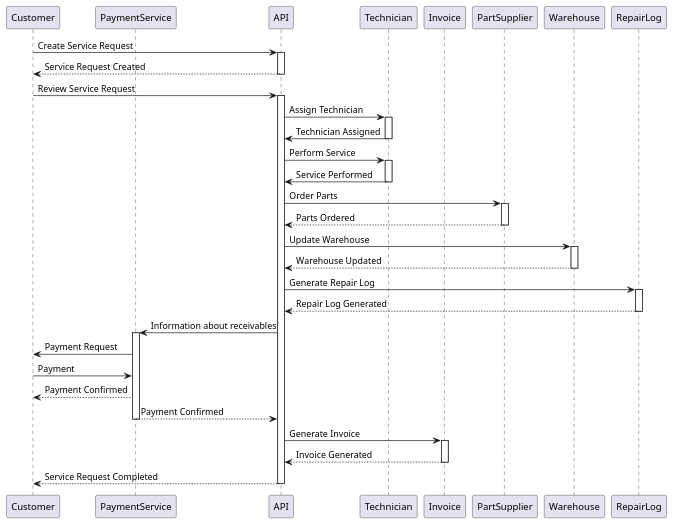
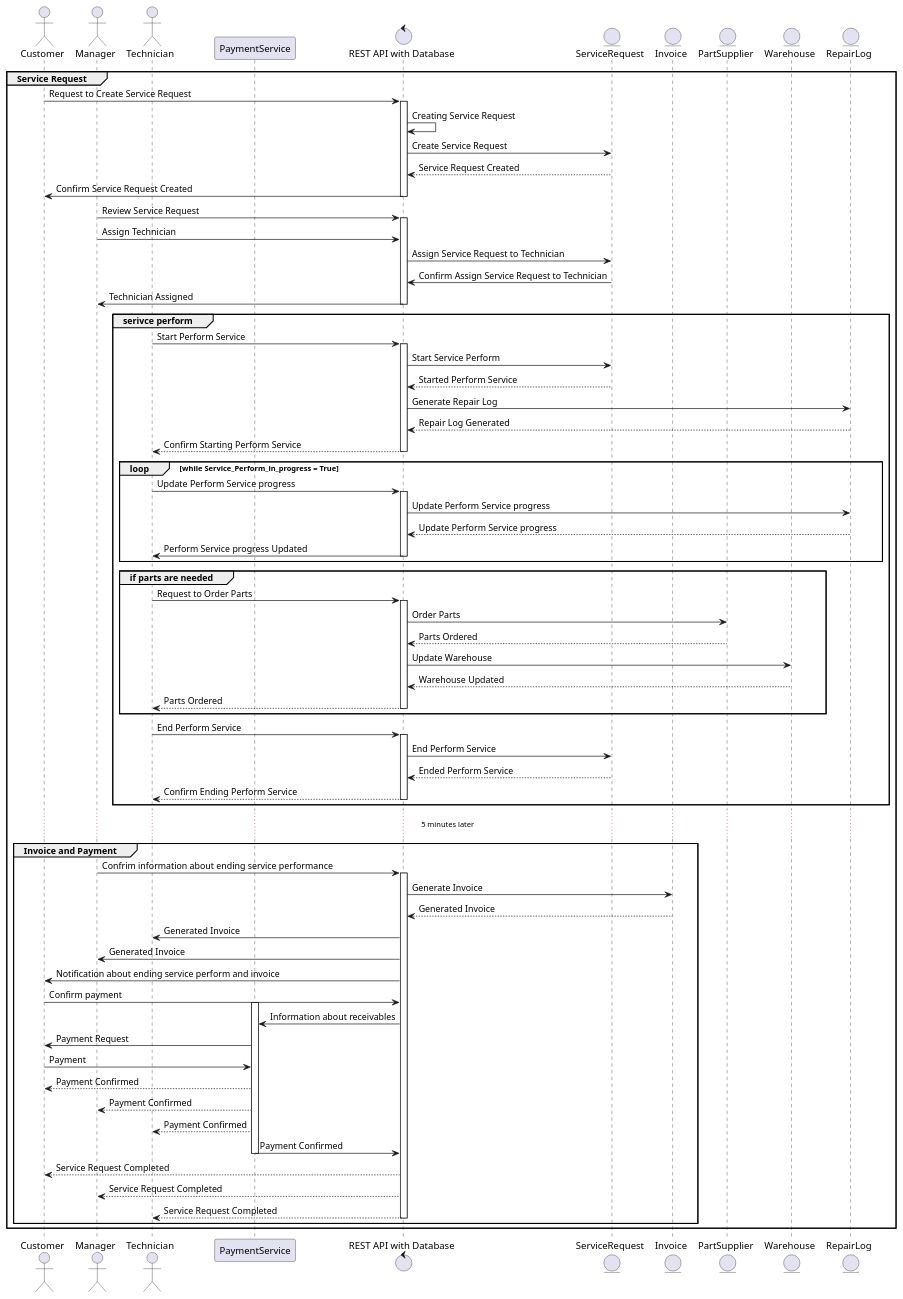
Before and after one commit to Fluorky/Computer-Service-Django-Api: the diagram in umlDiagrams/computer_service_sequence_diagram.plantuml, drawn with PlantUML. The commit also changed 4 other files, not shown here.

Commit message:
Update plantuml diagrams

```diff
--- a/umlDiagrams/computer_service_sequence_diagram.plantuml
+++ b/umlDiagrams/computer_service_sequence_diagram.plantuml
@@ -1,68 +1,88 @@
 @startuml
 
-participant "Customer" as Customer
+actor "Customer" as Customer
+actor "Manager" as Manager
+actor "Technician" as Technician
 participant "PaymentService" as PaymentService
-participant "API" as ServiceRequest
-participant "Technician" as Technician
-participant "Invoice" as Invoice
-participant "PartSupplier" as PartSupplier
-participant "Warehouse" as Warehouse
-participant "RepairLog" as RepairLog
-
-Customer -> ServiceRequest: Create Service Request
-activate ServiceRequest
-
-ServiceRequest --> Customer: Service Request Created
-deactivate ServiceRequest
-Customer -> ServiceRequest: Review Service Request
-
-activate ServiceRequest
-ServiceRequest -> Technician: Assign Technician
-activate Technician
-
-Technician -> ServiceRequest: Technician Assigned
-deactivate Technician
-
-ServiceRequest -> Technician: Perform Service
-activate Technician
-
-Technician -> ServiceRequest: Service Performed
-deactivate Technician
-
-ServiceRequest -> PartSupplier: Order Parts
-activate PartSupplier
-
-PartSupplier --> ServiceRequest: Parts Ordered
-deactivate PartSupplier
-
-ServiceRequest -> Warehouse: Update Warehouse
-activate Warehouse
-
-Warehouse --> ServiceRequest: Warehouse Updated
-deactivate Warehouse
-
-ServiceRequest -> RepairLog: Generate Repair Log
-activate RepairLog
-
-RepairLog --> ServiceRequest: Repair Log Generated
-deactivate RepairLog
-
-ServiceRequest -> PaymentService: Information about receivables
+control "REST API with Database" as API
+entity "ServiceRequest" as ServiceRequest
+entity "Invoice" as Invoice
+entity "PartSupplier" as PartSupplier
+entity "Warehouse" as Warehouse
+entity "RepairLog" as RepairLog
+group Service Request 
+Customer -> API: Request to Create Service Request
+activate API
+API-> API: Creating Service Request
+API-> ServiceRequest : Create Service Request
+ServiceRequest --> API : Service Request Created 
+API -> Customer: Confirm Service Request Created
+deactivate API
+Manager -> API: Review Service Request 
+activate API
+API <- Manager: Assign Technician
+API -> ServiceRequest : Assign Service Request to Technician
+ServiceRequest -> API : Confirm Assign Service Request to Technician
+Manager <- API: Technician Assigned
+deactivate API
+group serivce perform
+Technician -> API: Start Perform Service
+activate API
+API -> ServiceRequest : Start Service Perform
+ServiceRequest --> API : Started Perform Service
+API -> RepairLog: Generate Repair Log
+RepairLog --> API: Repair Log Generated
+API --> Technician : Confirm Starting Perform Service
+deactivate API
+loop while Service_Perform_in_progress = True
+Technician -> API: Update Perform Service progress
+activate API
+API -> RepairLog: Update Perform Service progress
+RepairLog --> API: Update Perform Service progress
+API -> Technician : Perform Service progress Updated
+deactivate API
+end
+group if parts are needed 
+Technician -> API: Request to Order Parts
+activate API
+API -> PartSupplier: Order Parts
+PartSupplier --> API: Parts Ordered
+API -> Warehouse: Update Warehouse
+Warehouse --> API: Warehouse Updated
+API --> Technician : Parts Ordered
+deactivate API
+end
+Technician -> API: End Perform Service
+activate API
+API  -> ServiceRequest: End Perform Service
+ServiceRequest --> API : Ended Perform Service
+API --> Technician : Confirm Ending Perform Service
+deactivate API
+end
+...5 minutes later...
+group Invoice and Payment 
+Manager -> API : Confrim information about ending service performance
+activate API
+API -> Invoice: Generate Invoice
+Invoice --> API: Generated Invoice
+API -> Technician : Generated Invoice 
+API -> Manager :  Generated Invoice
+API -> Customer : Notification about ending service perform and invoice
+Customer -> API : Confirm payment 
 activate PaymentService
-
+API -> PaymentService: Information about receivables
 PaymentService -> Customer: Payment Request
 Customer -> PaymentService: Payment
 PaymentService --> Customer: Payment Confirmed
-PaymentService --> ServiceRequest: Payment Confirmed
+PaymentService --> Manager: Payment Confirmed
+PaymentService --> Technician: Payment Confirmed
+PaymentService -> API: Payment Confirmed
 deactivate PaymentService
-
-ServiceRequest -> Invoice: Generate Invoice
-activate Invoice
-
-Invoice --> ServiceRequest: Invoice Generated
-deactivate Invoice
-
-ServiceRequest --> Customer: Service Request Completed
-deactivate ServiceRequest
+API --> Customer: Service Request Completed
+API --> Manager : Service Request Completed
+API --> Technician: Service Request Completed
+deactivate API
+end
+end
 
 @enduml
```
